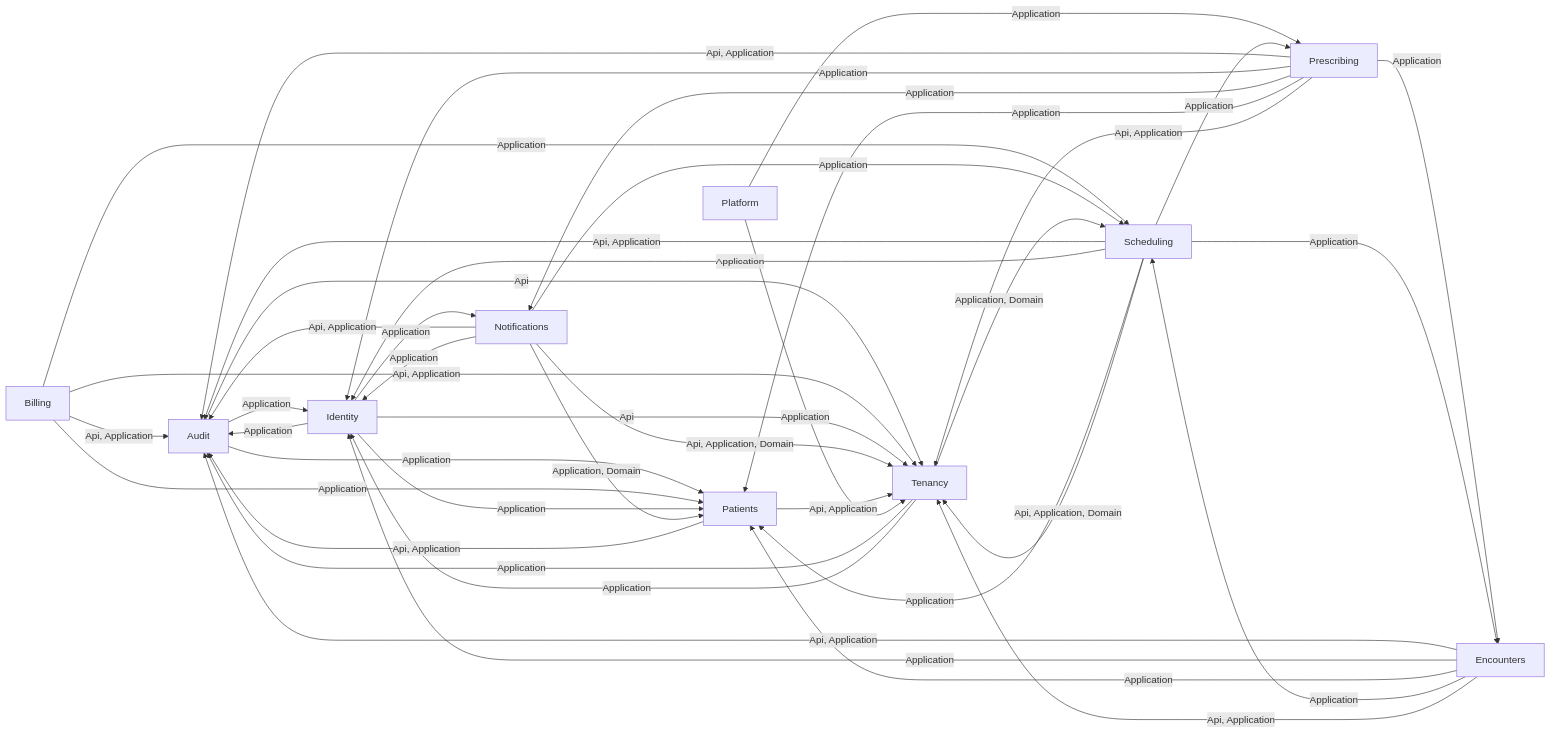
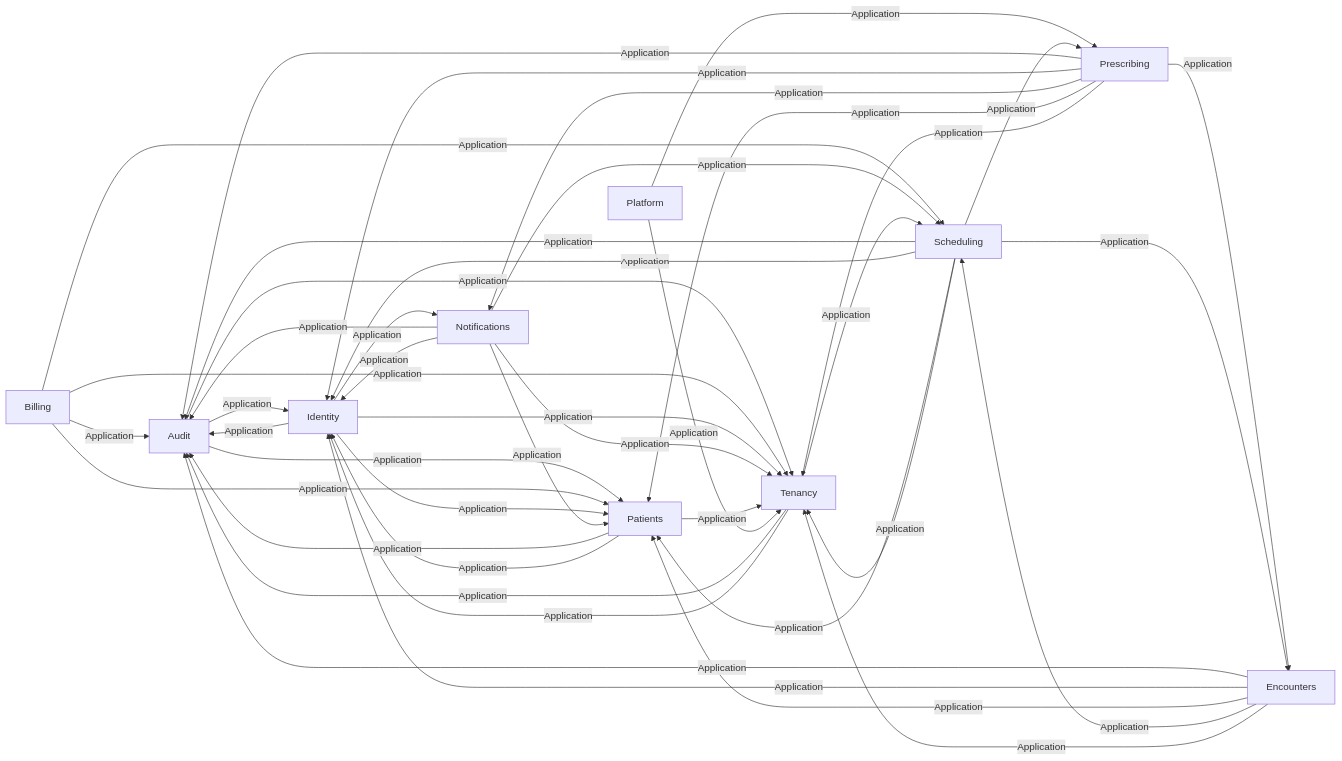
Before and after one commit to ALFRED-LUCIFER/medvya: the second of 14 diagrams in docs/03-architecture/erd.md, drawn with Mermaid. The commit also changed 643 other files, not shown here.

````diff
--- a/docs/03-architecture/erd.md
+++ b/docs/03-architecture/erd.md
@@ -56,43 +56,44 @@
 ```mermaid
 flowchart LR
   Audit -->|"Application"| Identity
   Audit -->|"Application"| Patients
-  Audit -->|"Api"| Tenancy
-  Billing -->|"Api, Application"| Audit
+  Audit -->|"Application"| Tenancy
+  Billing -->|"Application"| Audit
   Billing -->|"Application"| Patients
   Billing -->|"Application"| Scheduling
-  Billing -->|"Api, Application"| Tenancy
-  Encounters -->|"Api, Application"| Audit
+  Billing -->|"Application"| Tenancy
+  Encounters -->|"Application"| Audit
   Encounters -->|"Application"| Identity
   Encounters -->|"Application"| Patients
   Encounters -->|"Application"| Scheduling
-  Encounters -->|"Api, Application"| Tenancy
+  Encounters -->|"Application"| Tenancy
   Identity -->|"Application"| Audit
   Identity -->|"Application"| Notifications
   Identity -->|"Application"| Patients
-  Identity -->|"Api"| Tenancy
-  Notifications -->|"Api, Application"| Audit
+  Identity -->|"Application"| Tenancy
+  Notifications -->|"Application"| Audit
   Notifications -->|"Application"| Identity
-  Notifications -->|"Application, Domain"| Patients
+  Notifications -->|"Application"| Patients
   Notifications -->|"Application"| Scheduling
-  Notifications -->|"Api, Application, Domain"| Tenancy
-  Patients -->|"Api, Application"| Audit
-  Patients -->|"Api, Application"| Tenancy
+  Notifications -->|"Application"| Tenancy
+  Patients -->|"Application"| Audit
+  Patients -->|"Application"| Identity
+  Patients -->|"Application"| Tenancy
   Platform -->|"Application"| Prescribing
   Platform -->|"Application"| Tenancy
-  Prescribing -->|"Api, Application"| Audit
+  Prescribing -->|"Application"| Audit
   Prescribing -->|"Application"| Encounters
   Prescribing -->|"Application"| Identity
   Prescribing -->|"Application"| Notifications
   Prescribing -->|"Application"| Patients
-  Prescribing -->|"Api, Application"| Tenancy
-  Scheduling -->|"Api, Application"| Audit
+  Prescribing -->|"Application"| Tenancy
+  Scheduling -->|"Application"| Audit
   Scheduling -->|"Application"| Encounters
   Scheduling -->|"Application"| Identity
   Scheduling -->|"Application"| Patients
   Scheduling -->|"Application"| Prescribing
-  Scheduling -->|"Api, Application, Domain"| Tenancy
+  Scheduling -->|"Application"| Tenancy
   Tenancy -->|"Application"| Audit
   Tenancy -->|"Application"| Identity
-  Tenancy -->|"Application, Domain"| Scheduling
+  Tenancy -->|"Application"| Scheduling
 ```
````
